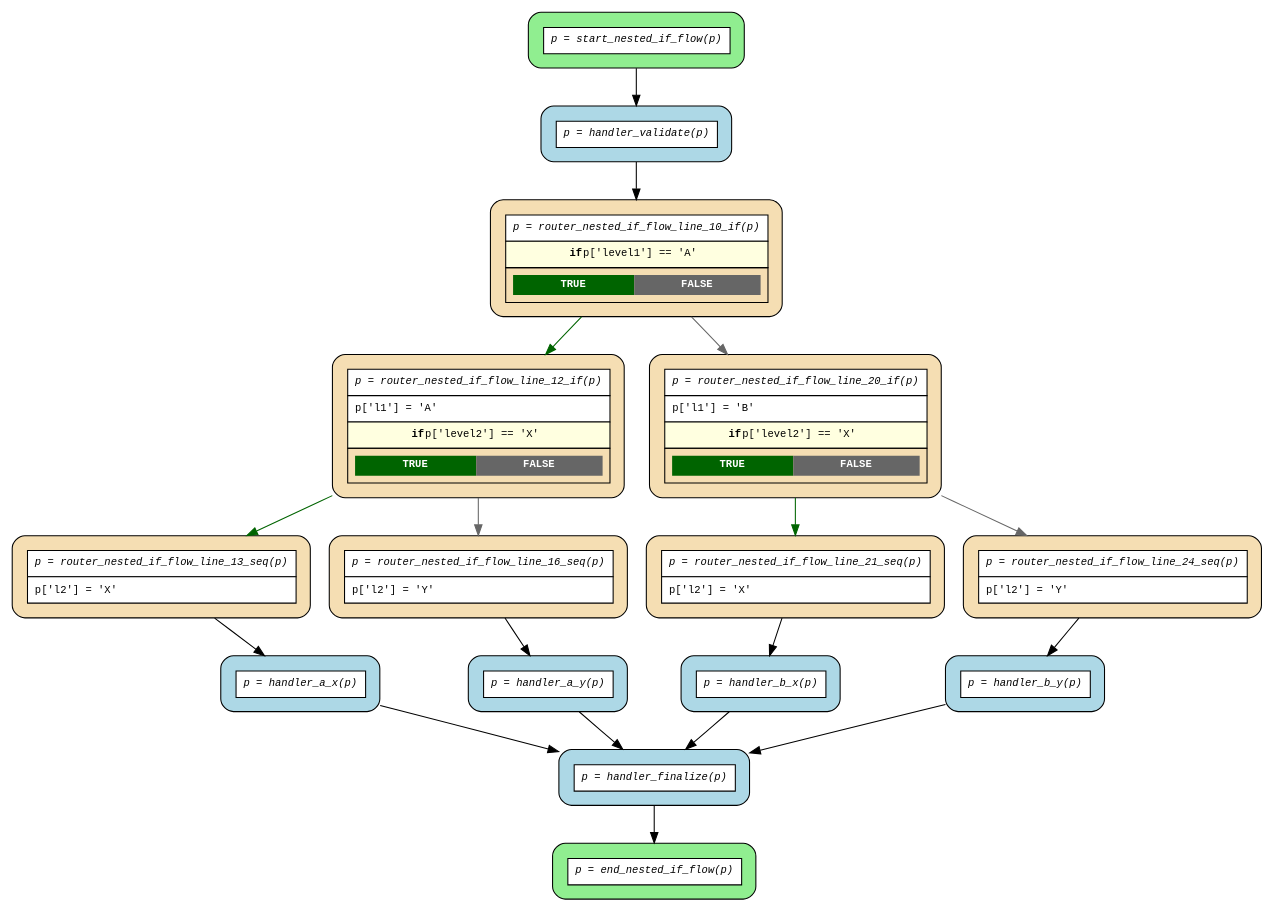
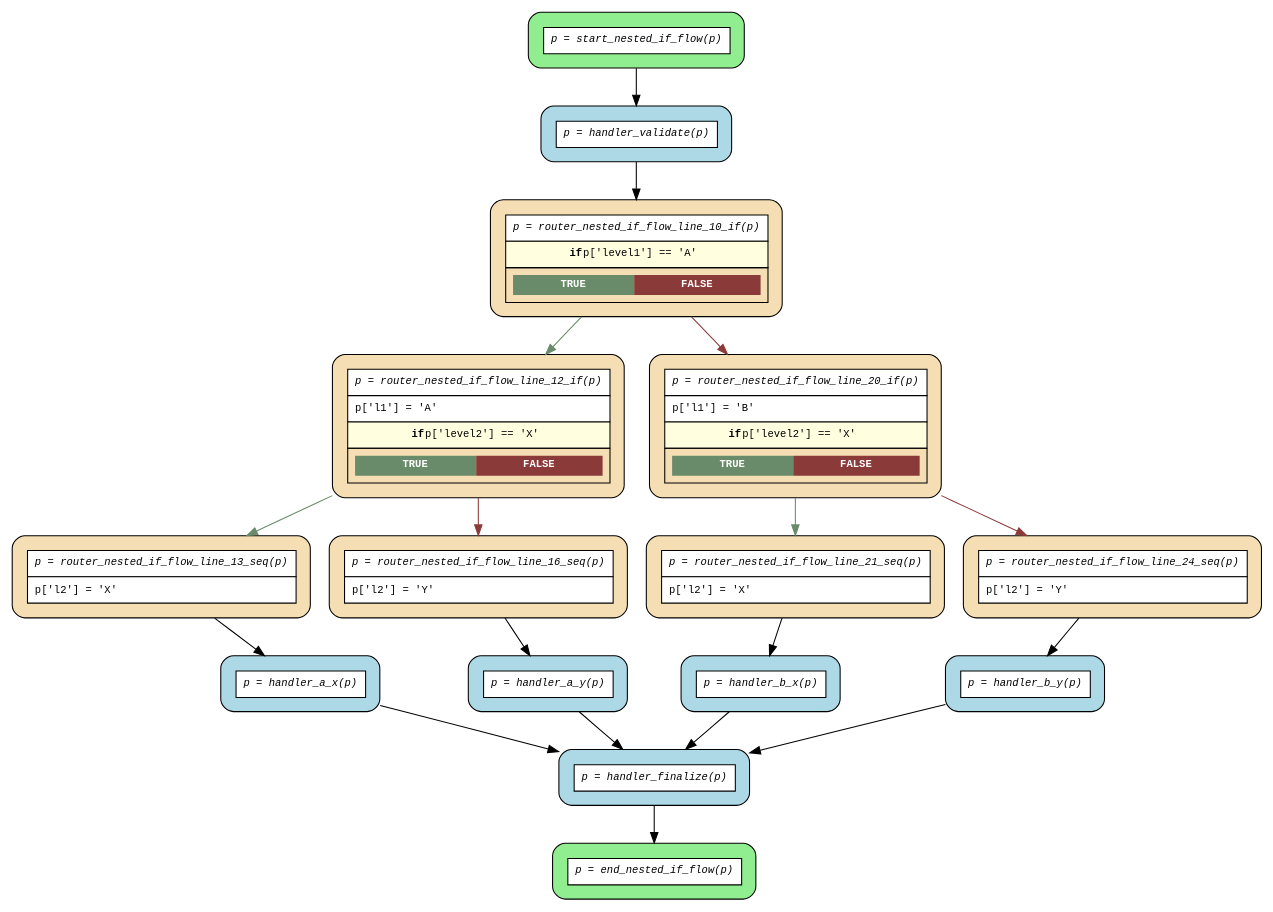
The diagram in examples/flows/compiled/nested_if/flow.dot (deliveryhero/asya), drawn with Graphviz before and after one commit. The commit also changed 59 other files, not shown here.

```diff
--- a/examples/flows/compiled/nested_if/flow.dot
+++ b/examples/flows/compiled/nested_if/flow.dot
@@ -1,40 +1,40 @@
 digraph flow {
   rankdir=TB;
   graph [fontname="Courier", fontsize=10];
   node [fontname="Courier", fontsize=10, shape=box, style="filled,rounded", margin="0.2"];
   edge [fontname="Courier", fontsize=10];
 
   start_nested_if_flow [fillcolor="lightgreen", label=<<table border="0" cellspacing="0" cellpadding="6" cellborder="1"><tr><td bgcolor="white" align="center"><i>p = start_nested_if_flow(p)</i></td></tr></table>>];
   router_nested_if_flow_line_13_seq [fillcolor="wheat", label=<<table border="0" cellspacing="0" cellpadding="6" cellborder="1"><tr><td bgcolor="white" align="center"><i>p = router_nested_if_flow_line_13_seq(p)</i></td></tr><tr><td bgcolor="white" align="left">p['l2'] = 'X'</td></tr></table>>];
   router_nested_if_flow_line_16_seq [fillcolor="wheat", label=<<table border="0" cellspacing="0" cellpadding="6" cellborder="1"><tr><td bgcolor="white" align="center"><i>p = router_nested_if_flow_line_16_seq(p)</i></td></tr><tr><td bgcolor="white" align="left">p['l2'] = 'Y'</td></tr></table>>];
-  router_nested_if_flow_line_12_if [fillcolor="wheat", label=<<table border="0" cellspacing="0" cellpadding="6" cellborder="1"><tr><td bgcolor="white" align="center"><i>p = router_nested_if_flow_line_12_if(p)</i></td></tr><tr><td bgcolor="white" align="left">p['l1'] = 'A'</td></tr><tr><td bgcolor="lightyellow"><b>if</b> p['level2'] == 'X'</td></tr><tr><td><table border="0" cellspacing="0" cellpadding="4"><tr><td bgcolor="darkgreen"><font color="white"><b>TRUE</b></font></td><td bgcolor="gray40"><font color="white"><b>FALSE</b></font></td></tr></table></td></tr></table>>];
+  router_nested_if_flow_line_12_if [fillcolor="wheat", label=<<table border="0" cellspacing="0" cellpadding="6" cellborder="1"><tr><td bgcolor="white" align="center"><i>p = router_nested_if_flow_line_12_if(p)</i></td></tr><tr><td bgcolor="white" align="left">p['l1'] = 'A'</td></tr><tr><td bgcolor="lightyellow"><b>if</b> p['level2'] == 'X'</td></tr><tr><td><table border="0" cellspacing="0" cellpadding="4"><tr><td bgcolor="darkseagreen4"><font color="white"><b>TRUE</b></font></td><td bgcolor="indianred4"><font color="white"><b>FALSE</b></font></td></tr></table></td></tr></table>>];
   router_nested_if_flow_line_21_seq [fillcolor="wheat", label=<<table border="0" cellspacing="0" cellpadding="6" cellborder="1"><tr><td bgcolor="white" align="center"><i>p = router_nested_if_flow_line_21_seq(p)</i></td></tr><tr><td bgcolor="white" align="left">p['l2'] = 'X'</td></tr></table>>];
   router_nested_if_flow_line_24_seq [fillcolor="wheat", label=<<table border="0" cellspacing="0" cellpadding="6" cellborder="1"><tr><td bgcolor="white" align="center"><i>p = router_nested_if_flow_line_24_seq(p)</i></td></tr><tr><td bgcolor="white" align="left">p['l2'] = 'Y'</td></tr></table>>];
-  router_nested_if_flow_line_20_if [fillcolor="wheat", label=<<table border="0" cellspacing="0" cellpadding="6" cellborder="1"><tr><td bgcolor="white" align="center"><i>p = router_nested_if_flow_line_20_if(p)</i></td></tr><tr><td bgcolor="white" align="left">p['l1'] = 'B'</td></tr><tr><td bgcolor="lightyellow"><b>if</b> p['level2'] == 'X'</td></tr><tr><td><table border="0" cellspacing="0" cellpadding="4"><tr><td bgcolor="darkgreen"><font color="white"><b>TRUE</b></font></td><td bgcolor="gray40"><font color="white"><b>FALSE</b></font></td></tr></table></td></tr></table>>];
-  router_nested_if_flow_line_10_if [fillcolor="wheat", label=<<table border="0" cellspacing="0" cellpadding="6" cellborder="1"><tr><td bgcolor="white" align="center"><i>p = router_nested_if_flow_line_10_if(p)</i></td></tr><tr><td bgcolor="lightyellow"><b>if</b> p['level1'] == 'A'</td></tr><tr><td><table border="0" cellspacing="0" cellpadding="4"><tr><td bgcolor="darkgreen"><font color="white"><b>TRUE</b></font></td><td bgcolor="gray40"><font color="white"><b>FALSE</b></font></td></tr></table></td></tr></table>>];
+  router_nested_if_flow_line_20_if [fillcolor="wheat", label=<<table border="0" cellspacing="0" cellpadding="6" cellborder="1"><tr><td bgcolor="white" align="center"><i>p = router_nested_if_flow_line_20_if(p)</i></td></tr><tr><td bgcolor="white" align="left">p['l1'] = 'B'</td></tr><tr><td bgcolor="lightyellow"><b>if</b> p['level2'] == 'X'</td></tr><tr><td><table border="0" cellspacing="0" cellpadding="4"><tr><td bgcolor="darkseagreen4"><font color="white"><b>TRUE</b></font></td><td bgcolor="indianred4"><font color="white"><b>FALSE</b></font></td></tr></table></td></tr></table>>];
+  router_nested_if_flow_line_10_if [fillcolor="wheat", label=<<table border="0" cellspacing="0" cellpadding="6" cellborder="1"><tr><td bgcolor="white" align="center"><i>p = router_nested_if_flow_line_10_if(p)</i></td></tr><tr><td bgcolor="lightyellow"><b>if</b> p['level1'] == 'A'</td></tr><tr><td><table border="0" cellspacing="0" cellpadding="4"><tr><td bgcolor="darkseagreen4"><font color="white"><b>TRUE</b></font></td><td bgcolor="indianred4"><font color="white"><b>FALSE</b></font></td></tr></table></td></tr></table>>];
   end_nested_if_flow [fillcolor="lightgreen", label=<<table border="0" cellspacing="0" cellpadding="6" cellborder="1"><tr><td bgcolor="white" align="center"><i>p = end_nested_if_flow(p)</i></td></tr></table>>];
   handler_a_x [fillcolor="lightblue", label=<<table border="0" cellspacing="0" cellpadding="6" cellborder="1"><tr><td bgcolor="white" align="center"><i>p = handler_a_x(p)</i></td></tr></table>>];
   handler_a_y [fillcolor="lightblue", label=<<table border="0" cellspacing="0" cellpadding="6" cellborder="1"><tr><td bgcolor="white" align="center"><i>p = handler_a_y(p)</i></td></tr></table>>];
   handler_b_x [fillcolor="lightblue", label=<<table border="0" cellspacing="0" cellpadding="6" cellborder="1"><tr><td bgcolor="white" align="center"><i>p = handler_b_x(p)</i></td></tr></table>>];
   handler_b_y [fillcolor="lightblue", label=<<table border="0" cellspacing="0" cellpadding="6" cellborder="1"><tr><td bgcolor="white" align="center"><i>p = handler_b_y(p)</i></td></tr></table>>];
   handler_finalize [fillcolor="lightblue", label=<<table border="0" cellspacing="0" cellpadding="6" cellborder="1"><tr><td bgcolor="white" align="center"><i>p = handler_finalize(p)</i></td></tr></table>>];
   handler_validate [fillcolor="lightblue", label=<<table border="0" cellspacing="0" cellpadding="6" cellborder="1"><tr><td bgcolor="white" align="center"><i>p = handler_validate(p)</i></td></tr></table>>];
 
   handler_a_x -> handler_finalize;
   handler_a_y -> handler_finalize;
   handler_b_x -> handler_finalize;
   handler_b_y -> handler_finalize;
   handler_finalize -> end_nested_if_flow;
   handler_validate -> router_nested_if_flow_line_10_if;
-  router_nested_if_flow_line_10_if -> router_nested_if_flow_line_12_if [color=darkgreen];
-  router_nested_if_flow_line_10_if -> router_nested_if_flow_line_20_if [color=gray40];
-  router_nested_if_flow_line_12_if -> router_nested_if_flow_line_13_seq [color=darkgreen];
-  router_nested_if_flow_line_12_if -> router_nested_if_flow_line_16_seq [color=gray40];
+  router_nested_if_flow_line_10_if -> router_nested_if_flow_line_12_if [color=darkseagreen4];
+  router_nested_if_flow_line_10_if -> router_nested_if_flow_line_20_if [color=indianred4];
+  router_nested_if_flow_line_12_if -> router_nested_if_flow_line_13_seq [color=darkseagreen4];
+  router_nested_if_flow_line_12_if -> router_nested_if_flow_line_16_seq [color=indianred4];
   router_nested_if_flow_line_13_seq -> handler_a_x;
   router_nested_if_flow_line_16_seq -> handler_a_y;
-  router_nested_if_flow_line_20_if -> router_nested_if_flow_line_21_seq [color=darkgreen];
-  router_nested_if_flow_line_20_if -> router_nested_if_flow_line_24_seq [color=gray40];
+  router_nested_if_flow_line_20_if -> router_nested_if_flow_line_21_seq [color=darkseagreen4];
+  router_nested_if_flow_line_20_if -> router_nested_if_flow_line_24_seq [color=indianred4];
   router_nested_if_flow_line_21_seq -> handler_b_x;
   router_nested_if_flow_line_24_seq -> handler_b_y;
   start_nested_if_flow -> handler_validate;
 }
```
